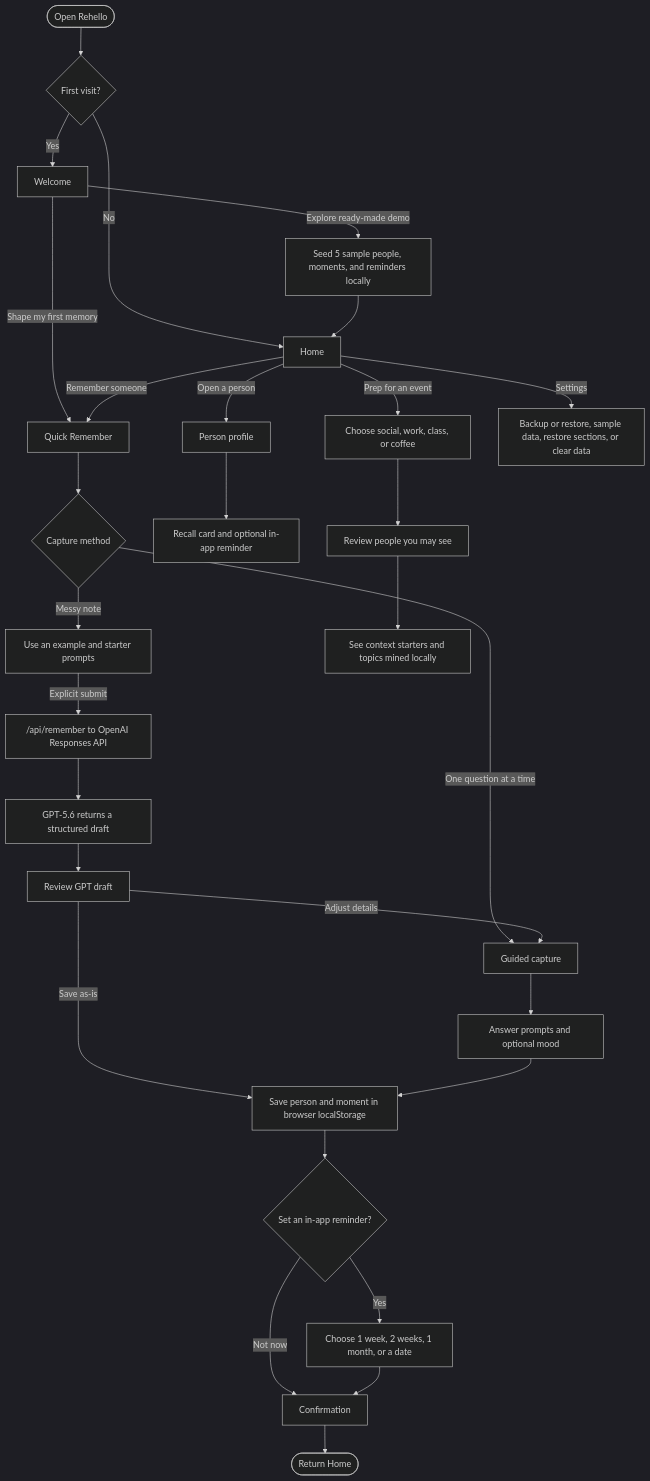
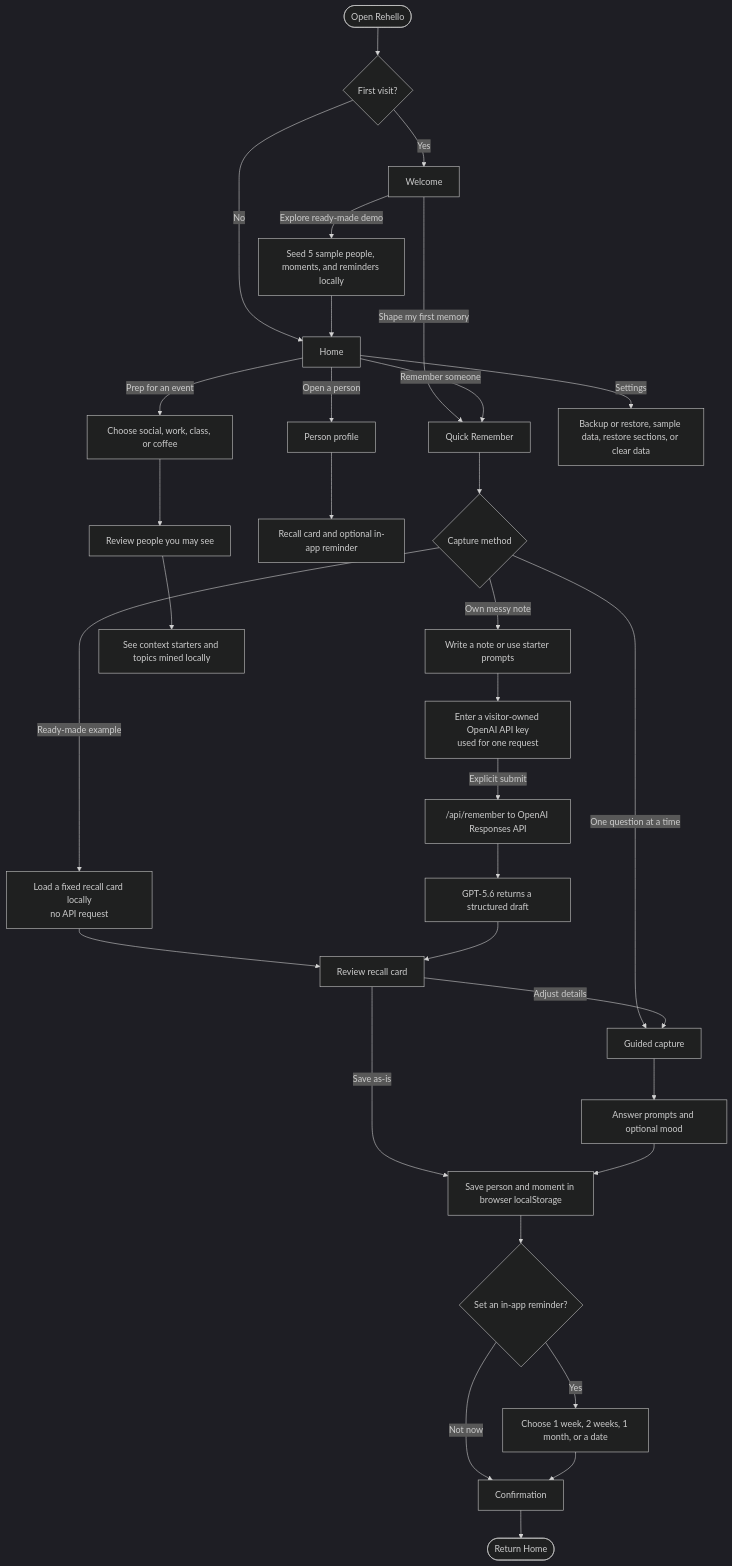
Before and after one commit to HuiYingChung/re-hello: the first of 2 diagrams in README.md, drawn with Mermaid (dark theme). The commit also changed other lines of this file and 18 other files, not shown here.

Commit message:
feat: add zero-api demo and BYOK flow

````diff
--- a/README.md
+++ b/README.md
@@ -105,36 +107,39 @@
 ```mermaid
 flowchart TD
   A(["Open Rehello"]) --> B{"First visit?"}
   B -->|Yes| C["Welcome"]
   B -->|No| H["Home"]
 
   C -->|Explore ready-made demo| D["Seed 5 sample people, moments, and reminders locally"]
   D --> H
   C -->|Shape my first memory| Q["Quick Remember"]
   H -->|Remember someone| Q
 
   Q --> E{"Capture method"}
-  E -->|Messy note| F["Use an example and starter prompts"]
+  E -->|Ready-made example| DEMO["Load a fixed recall card locally<br/>no API request"]
+  E -->|Own messy note| F["Write a note or use starter prompts"]
   E -->|One question at a time| G["Guided capture"]
-  F -->|Explicit submit| API["/api/remember to OpenAI Responses API"]
+  DEMO --> R["Review recall card"]
+  F --> K["Enter a visitor-owned OpenAI API key<br/>used for one request"]
+  K -->|Explicit submit| API["/api/remember to OpenAI Responses API"]
   API --> AI["GPT-5.6 returns a structured draft"]
-  AI --> R["Review GPT draft"]
+  AI --> R
   R -->|Adjust details| G
   G --> G2["Answer prompts and optional mood"]
   R -->|Save as-is| S["Save person and moment in browser localStorage"]
   G2 --> S
   S --> T{"Set an in-app reminder?"}
   T -->|Yes| U["Choose 1 week, 2 weeks, 1 month, or a date"]
   T -->|Not now| C2["Confirmation"]
   U --> C2
   C2 --> DONE(["Return Home"])
 
   H -->|Open a person| V["Person profile"]
   V --> W["Recall card and optional in-app reminder"]
 
   H -->|Prep for an event| X["Choose social, work, class, or coffee"]
   X --> Y["Review people you may see"]
   Y --> Z["See context starters and topics mined locally"]
 
   H -->|Settings| AA["Backup or restore, sample data, restore sections, or clear data"]
 ```
````
